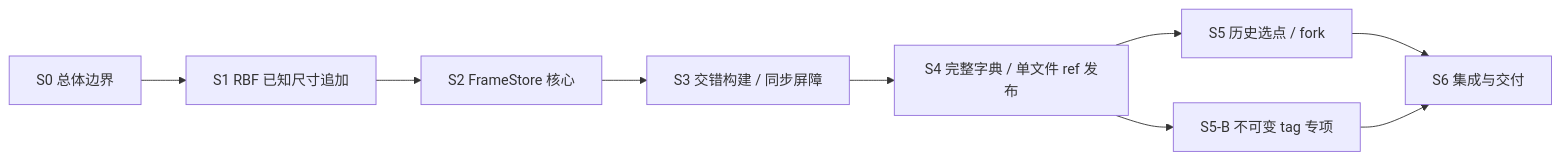
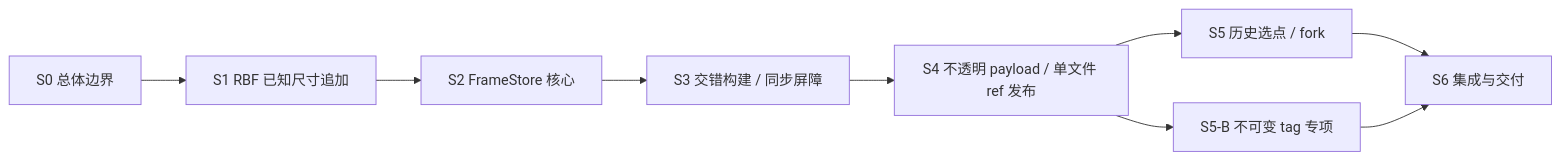
One commit to Atelia-org/atelia-storage changed the diagram in docs/FrameStore-VersionStore/README.md. Above: the diagram before and after it, drawn with Mermaid. The commit also changed other lines of this file and 10 other files, not shown here.

````diff
--- a/docs/FrameStore-VersionStore/README.md
+++ b/docs/FrameStore-VersionStore/README.md
@@ -75,11 +75,11 @@
 ```mermaid
 flowchart LR
     S0["S0 总体边界"] --> S1["S1 RBF 已知尺寸追加"]
     S1 --> S2["S2 FrameStore 核心"]
     S2 --> S3["S3 交错构建 / 同步屏障"]
-    S3 --> S4["S4 完整字典 / 单文件 ref 发布"]
+    S3 --> S4["S4 不透明 payload / 单文件 ref 发布"]
     S4 --> S5["S5 历史选点 / fork"]
     S4 --> Tags["S5-B 不可变 tag 专项"]
     S5 --> S6["S6 集成与交付"]
     Tags --> S6
 ```
````
